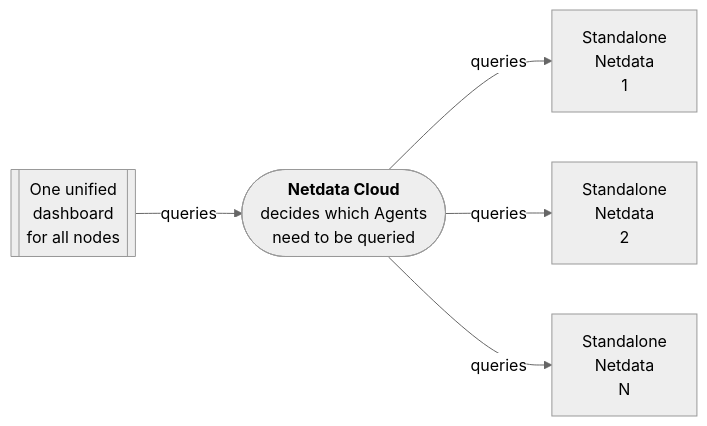
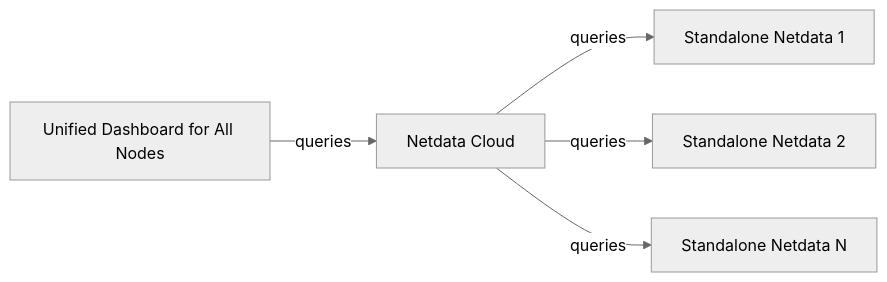
One commit to netdata/netdata changed the third of 4 diagrams in docs/deployment-guides/standalone-deployment.md. Above: the diagram before and after it, drawn with Mermaid (neutral theme). The commit also changed other lines of this file and 2 other files, not shown here.

````diff
--- a/docs/deployment-guides/standalone-deployment.md
+++ b/docs/deployment-guides/standalone-deployment.md
@@ -82,20 +68,10 @@
 ```mermaid
 flowchart LR
-    WEB[["One unified
-        dashboard
-        for all nodes"]]
-    NC(["<b>Netdata Cloud</b>
-        decides which Agents
-        need to be queried"])
-    S1["Standalone
-        Netdata
-         1"]
-    S2["Standalone
-        Netdata
-         2"]
-    SN["Standalone
-        Netdata
-         N"]
+    WEB["Unified Dashboard for All Nodes"]
+    NC["Netdata Cloud"]
+    S1["Standalone Netdata 1"]
+    S2["Standalone Netdata 2"]
+    SN["Standalone Netdata N"]
     WEB -->|queries| NC
     NC -->|queries| S1 & S2 & SN
 ```
````
